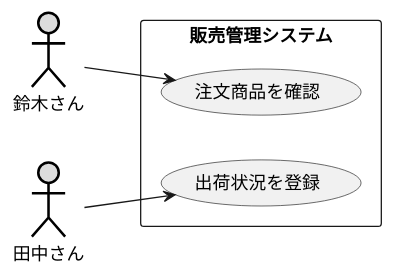
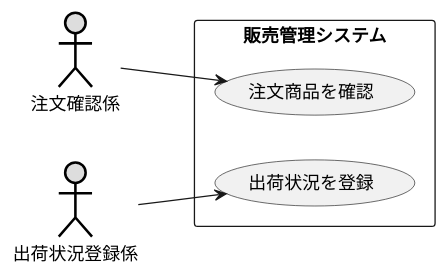
The diagram in 演習2-5_盛岡商事_販売管理システム.pu (Tackey-11/uml-intro), drawn with PlantUML before and after one commit. The commit also changed 1 other file, not shown here.

```diff
--- a/演習2-5_盛岡商事_販売管理システム.pu
+++ b/演習2-5_盛岡商事_販売管理システム.pu
@@ -1,16 +1,16 @@
 @startuml ユースケース図
 left to right direction
 
-actor 鈴木さん#DDDDDD;line:black;line.bold;
-actor 田中さん#DDDDDD;line:black;line.bold;
+actor 注文確認係#DDDDDD;line:black;line.bold;
+actor 出荷状況登録係#DDDDDD;line:black;line.bold;
 
 rectangle 販売管理システム {
 
 usecase 注文商品を確認
 usecase 出荷状況を登録
 }
 
-鈴木さん --> 注文商品を確認
-田中さん --> 出荷状況を登録
+注文確認係 --> 注文商品を確認
+出荷状況登録係 --> 出荷状況を登録
 
 @enduml
```
